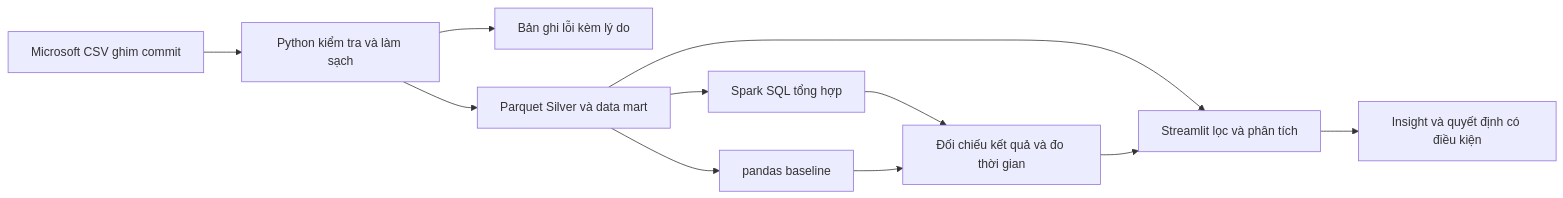
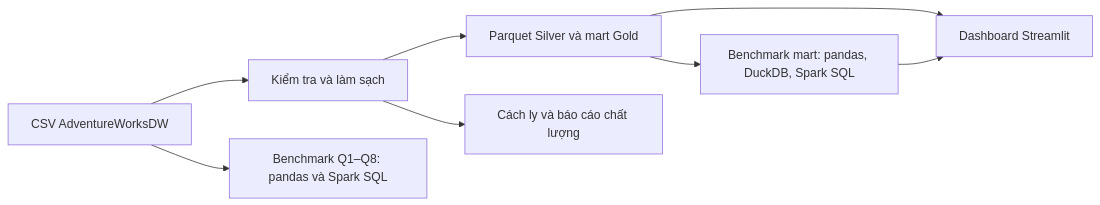
One commit to winter-1402/RetailInsight-Multi-Channel-Revenue-and-Profit-Analytics changed the diagram in README.md. Above: the diagram before and after it, drawn with Mermaid. The commit also changed other lines of this file and 118 other files, not shown here.

````diff
--- a/README.md
+++ b/README.md
@@ -98,13 +77,10 @@
 ```mermaid
 flowchart LR
-    A[Microsoft CSV ghim commit] --> B[Python kiểm tra và làm sạch]
-    B --> Q[Bản ghi lỗi kèm lý do]
-    B --> C[Parquet Silver và data mart]
-    C --> D[Spark SQL tổng hợp]
-    C --> E[pandas baseline]
-    D --> F[Đối chiếu kết quả và đo thời gian]
-    E --> F
-    C --> G[Streamlit lọc và phân tích]
-    F --> G
-    G --> H[Insight và quyết định có điều kiện]
+    A[CSV AdventureWorksDW] --> B[Kiểm tra và làm sạch]
+    B --> C[Parquet Silver và mart Gold]
+    B --> Q[Cách ly và báo cáo chất lượng]
+    C --> D[Benchmark mart: pandas, DuckDB, Spark SQL]
+    C --> E[Dashboard Streamlit]
+    D --> E
+    A --> F[Benchmark Q1–Q8: pandas và Spark SQL]
 ```
````
